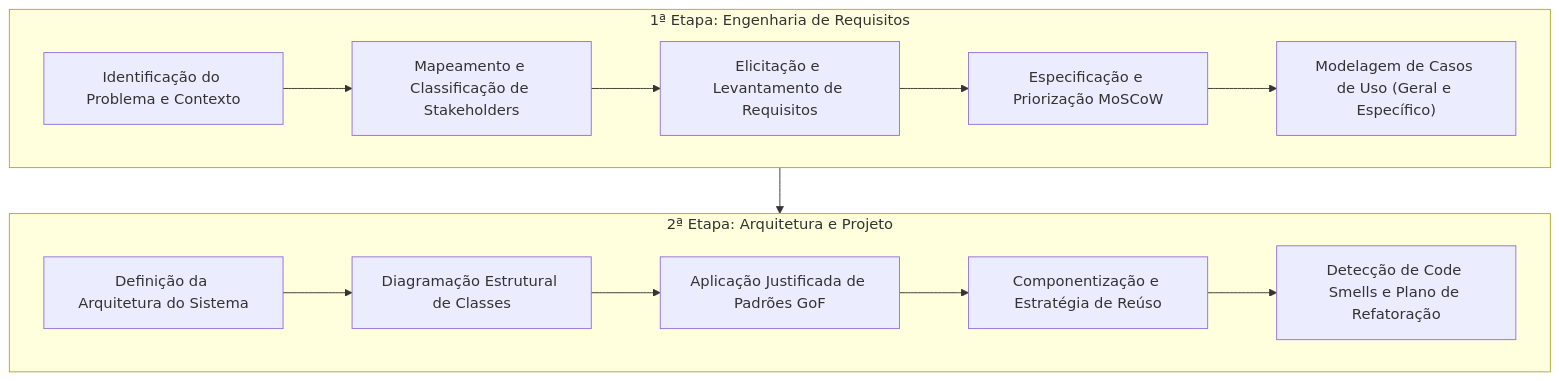
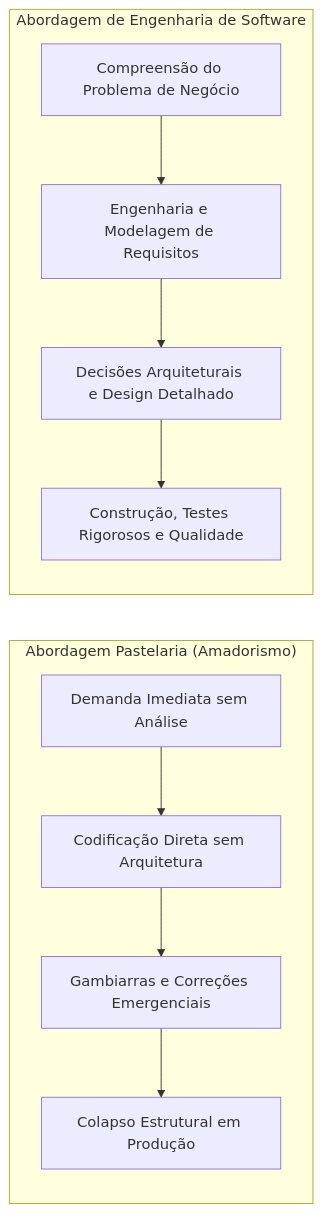
Before and after one commit to murilolol/unifef: the first of 32 diagrams in 4º Semestre/[Prof. Wesley Soares] Engenharia de Software II/Resumos-IA/Simulados-Comentados.md, drawn with Mermaid. The commit also changed other lines of this file and 18 other files, not shown here.

````diff
--- a/4º Semestre/[Prof. Wesley Soares] Engenharia de Software II/Resumos-IA/Simulados-Comentados.md
+++ b/4º Semestre/[Prof. Wesley Soares] Engenharia de Software II/Resumos-IA/Simulados-Comentados.md
@@ -125,18 +172,16 @@
 ```mermaid
-flowchart TD
-    subgraph Fase1["1ª Etapa: Engenharia de Requisitos"]
-        E1["Identificação do Problema e Contexto"] --> E2["Mapeamento e Classificação de Stakeholders"]
-        E2 --> E3["Elicitação e Levantamento de Requisitos"]
-        E3 --> E4["Especificação e Priorização MoSCoW"]
-        E4 --> E5["Modelagem de Casos de Uso (Geral e Específico)"]
-    end
+flowchart LR
+ subgraph Pastelaria["Abordagem Pastelaria (Amadorismo)"]
+ direction TB
+ P1["Demanda Imediata sem Análise"] --> P2["Codificação Direta sem Arquitetura"]
+ P2 --> P3["Gambiarras e Correções Emergenciais"]
+ P3 --> P4["Colapso Estrutural em Produção"]
+ end
 
-    subgraph Fase2["2ª Etapa: Arquitetura e Projeto"]
-        A1["Definição da Arquitetura do Sistema"] --> A2["Diagramação Estrutural de Classes"]
-        A2 --> A3["Aplicação Justificada de Padrões GoF"]
-        A3 --> A4["Componentização e Estratégia de Reúso"]
-        A4 --> A5["Detecção de Code Smells e Plano de Refatoração"]
-    end
-
-    Fase1 --> Fase2
+ subgraph Engenharia["Abordagem de Engenharia de Software"]
+ direction TB
+ E1["Compreensão do Problema de Negócio"] --> E2["Engenharia e Modelagem de Requisitos"]
+ E2 --> E3["Decisões Arquiteturais e Design Detalhado"]
+ E3 --> E4["Construção, Testes Rigorosos e Qualidade"]
+ end
 ```
````
